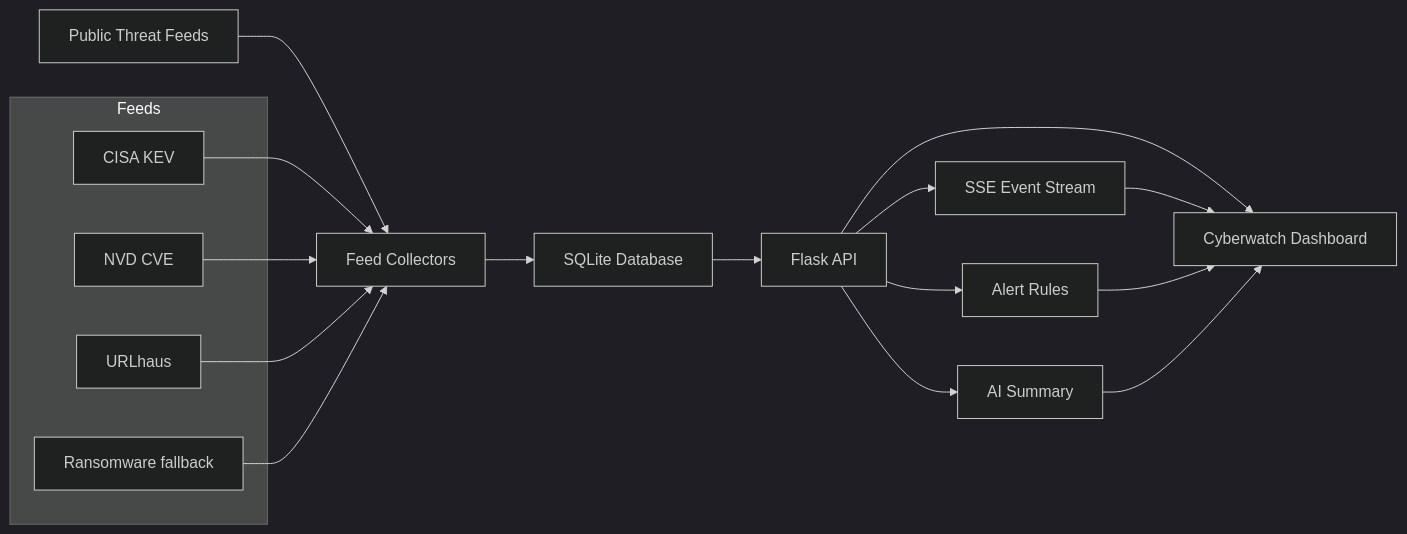
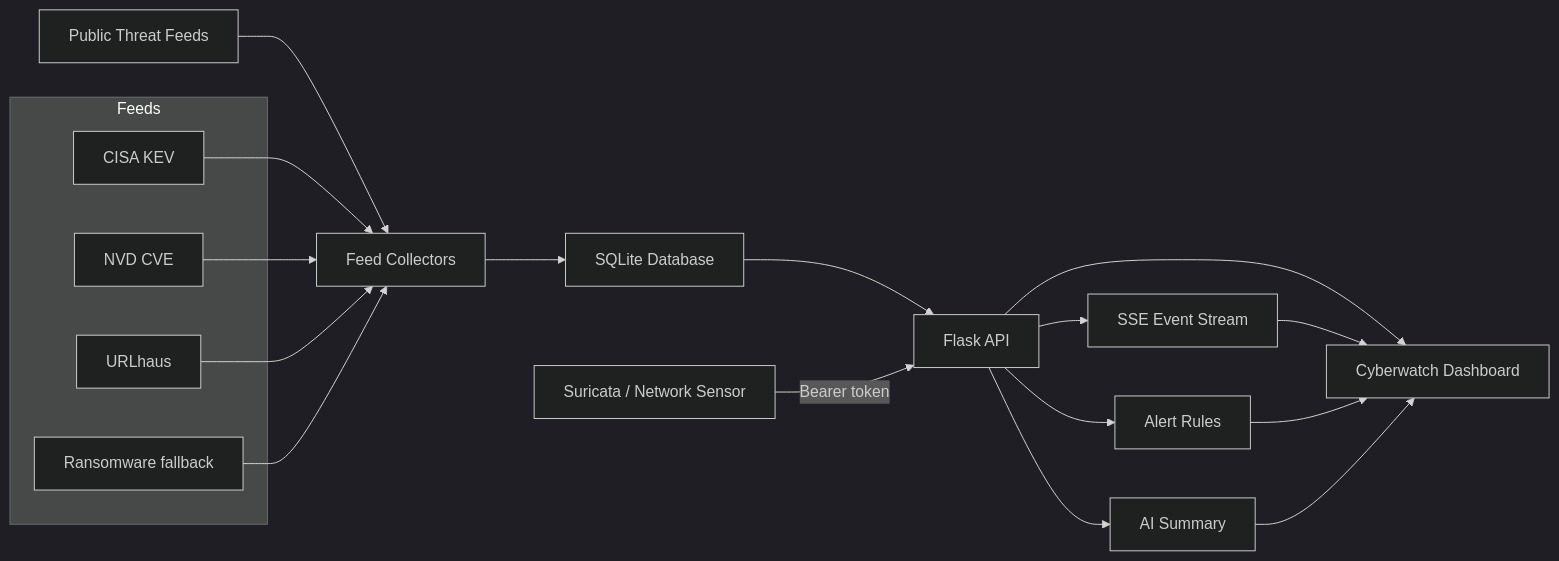
Before and after one commit to anvin483/CYBERWATCH-AI: the diagram in README.md, drawn with Mermaid (dark theme). The commit also changed other lines of this file and 43 other files, not shown here.

````diff
--- a/README.md
+++ b/README.md
@@ -28,25 +41,26 @@
 ```mermaid
 flowchart LR
     A["Public Threat Feeds"] --> B["Feed Collectors"]
     B --> C["SQLite Database"]
     C --> D["Flask API"]
     D --> E["Cyberwatch Dashboard"]
     D --> F["SSE Event Stream"]
     F --> E
     D --> G["Alert Rules"]
     D --> H["AI Summary"]
     G --> E
     H --> E
+    S["Suricata / Network Sensor"] -->|Bearer token| D
 
     subgraph Feeds
         A1["CISA KEV"]
         A2["NVD CVE"]
         A3["URLhaus"]
         A4["Ransomware fallback"]
     end
 
     A1 --> B
     A2 --> B
     A3 --> B
     A4 --> B
 ```
````
